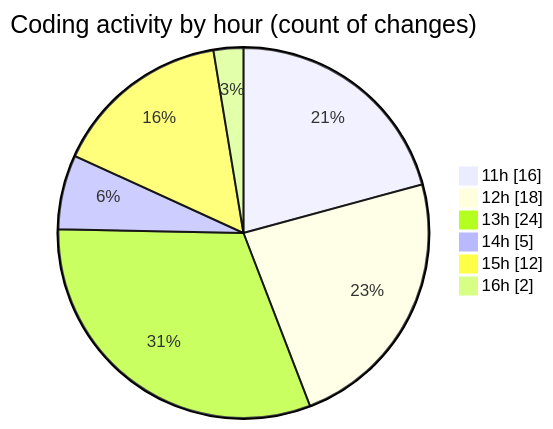
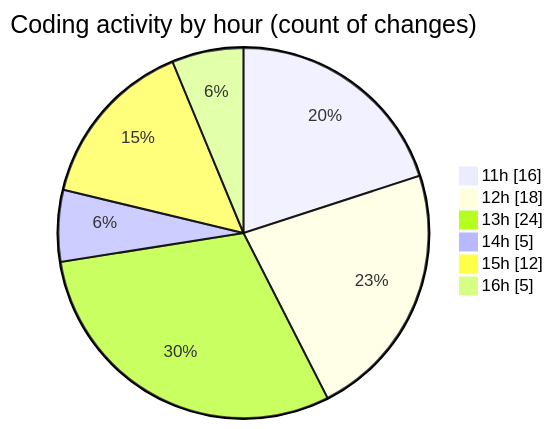
One commit to nxtqubesakshisongat/code-tracking changed the second of 2 diagrams in 2025-10-01/nxtqube_webapp/README.md. Above: the diagram before and after it, drawn with Mermaid. The commit also changed other lines of this file and 1 other file, not shown here.

````diff
--- a/2025-10-01/nxtqube_webapp/README.md
+++ b/2025-10-01/nxtqube_webapp/README.md
@@ -34,10 +34,10 @@
 ```mermaid
 pie showData
 title Coding activity by hour (count of changes)
 "11h" : 16
 "12h" : 18
 "13h" : 24
 "14h" : 5
 "15h" : 12
-"16h" : 2
+"16h" : 5
 ```
````
